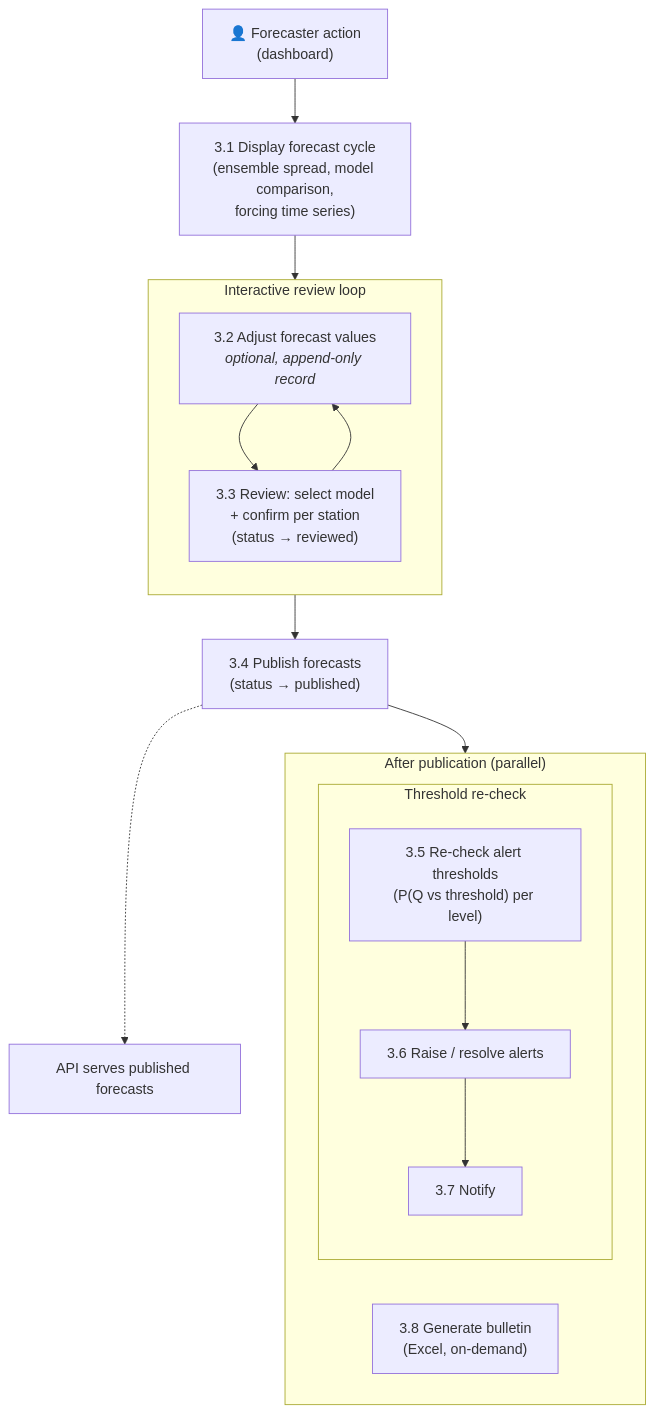
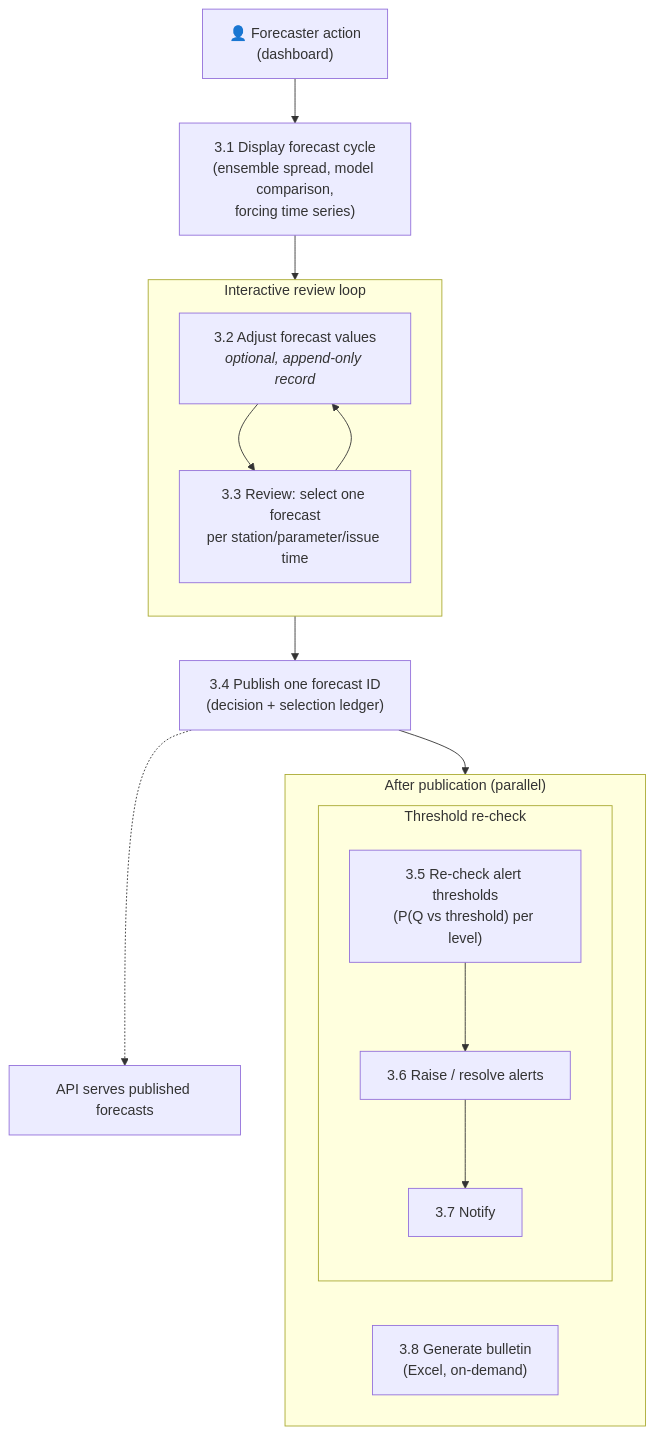
One commit to hydrosolutions/SAPPHIRE_flow changed the third of 13 diagrams in docs/architecture-context.md. Above: the diagram before and after it, drawn with Mermaid. The commit also changed other lines of this file and 26 other files, not shown here.

Commit message:
feat(publication): add atomic forecast publication ledger

````diff
--- a/docs/architecture-context.md
+++ b/docs/architecture-context.md
@@ -464,33 +463,33 @@
 ```mermaid
 flowchart TD
     trigger["👤 Forecaster action<br/>(dashboard)"]
 
     s3_1["3.1 Display forecast cycle<br/>(ensemble spread, model comparison,<br/>forcing time series)"]
 
     subgraph ReviewLoop ["Interactive review loop"]
         direction TB
         s3_2["3.2 Adjust forecast values<br/><i>optional, append-only record</i>"]
-        s3_3["3.3 Review: select model<br/>+ confirm per station<br/>(status → reviewed)"]
+        s3_3["3.3 Review: select one forecast<br/>per station/parameter/issue time"]
         s3_2 --> s3_3
         s3_3 --> s3_2
     end
 
-    s3_4["3.4 Publish forecasts<br/>(status → published)"]
+    s3_4["3.4 Publish one forecast ID<br/>(decision + selection ledger)"]
 
     subgraph PostPublish ["After publication (parallel)"]
         direction LR
         subgraph Alerts ["Threshold re-check"]
             direction TB
             s3_5["3.5 Re-check alert thresholds<br/>(P(Q vs threshold) per level)"]
             s3_6["3.6 Raise / resolve alerts"]
             s3_7["3.7 Notify"]
             s3_5 --> s3_6 --> s3_7
         end
         s3_8["3.8 Generate bulletin<br/>(Excel, on-demand)"]
     end
 
     api["API serves published forecasts"]
 
     trigger --> s3_1 --> ReviewLoop --> s3_4 --> PostPublish
     s3_4 -.-> api
 ```
````
